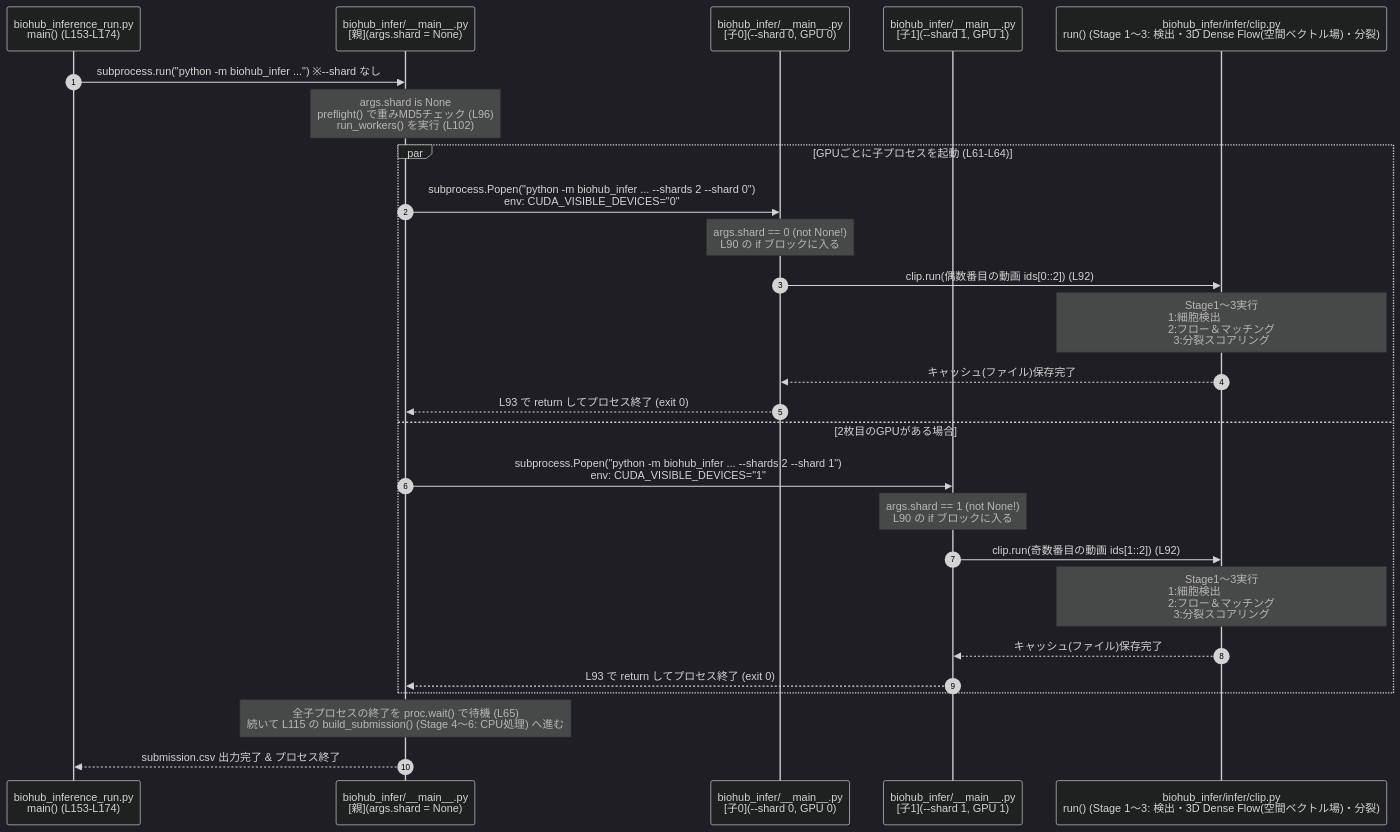
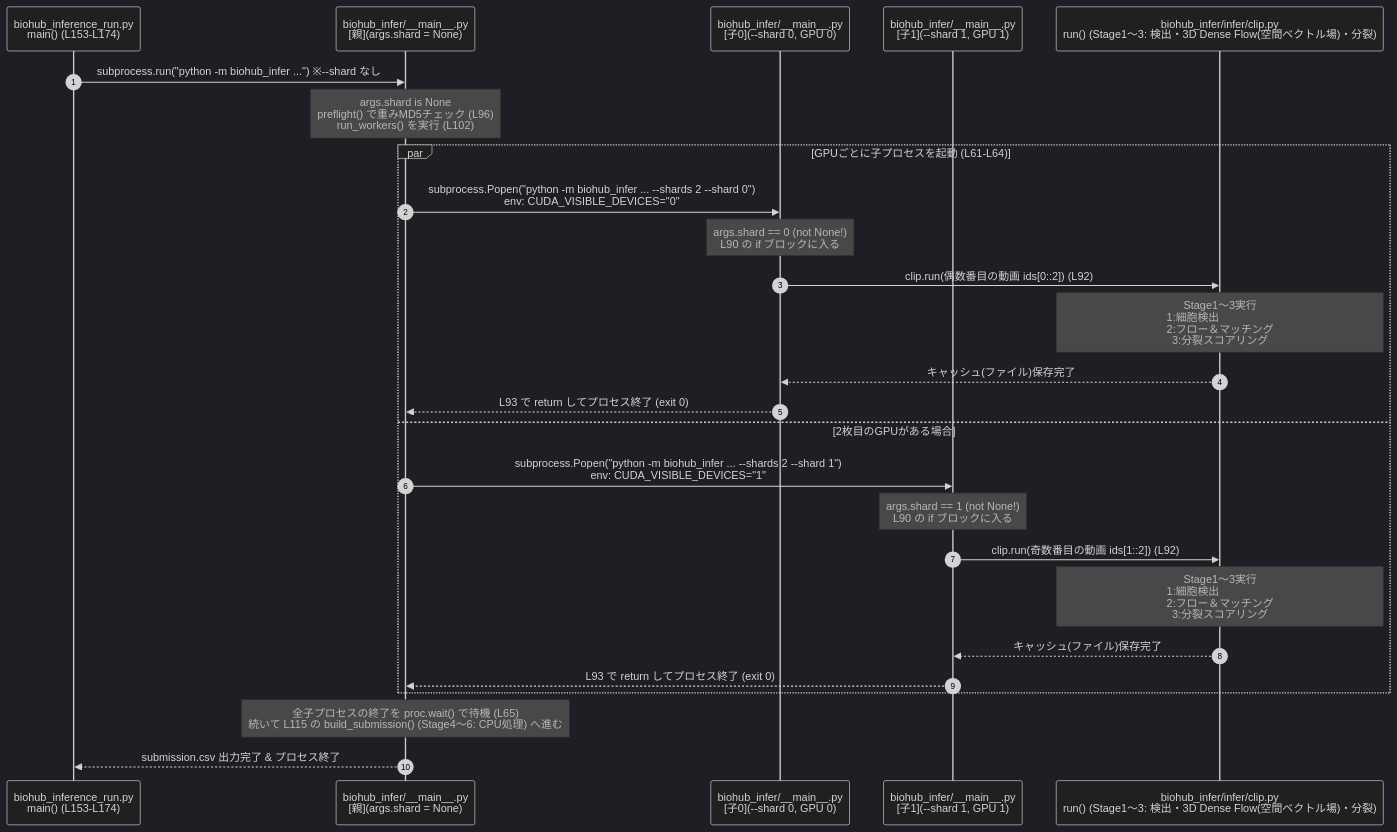
One commit to kito2718/kgle_001_BCT_Episode changed the second of 8 diagrams in episode/Summary&Conclusion/3rd-place-summary.md. Above: the diagram before and after it, drawn with Mermaid (dark theme). The commit also changed other lines of this file, not shown here.

Commit message:
Stage nの表記ゆれを修正

````diff
--- a/episode/Summary&Conclusion/3rd-place-summary.md
+++ b/episode/Summary&Conclusion/3rd-place-summary.md
@@ -141,31 +141,31 @@
 ```mermaid
 sequenceDiagram
     autonumber
     participant Runner as biohub_inference_run.py<br/>main() (L153-L174)
     participant Parent as biohub_infer/__main__.py<br/>[親](args.shard = None)
     participant Worker0 as biohub_infer/__main__.py<br/>[子0](--shard 0, GPU 0)
     participant Worker1 as biohub_infer/__main__.py<br/>[子1](--shard 1, GPU 1)
-    participant Clip as biohub_infer/infer/clip.py<br/>run() (Stage 1〜3: 検出・3D Dense Flow(空間ベクトル場)・分裂)
+    participant Clip as biohub_infer/infer/clip.py<br/>run() (Stage1〜3: 検出・3D Dense Flow(空間ベクトル場)・分裂)
 
     Runner->>Parent: subprocess.run("python -m biohub_infer ...") ※--shard なし
     Note over Parent: args.shard is None<br/>preflight() で重みMD5チェック (L96)<br/>run_workers() を実行 (L102)
 
     par GPUごとに子プロセスを起動 (L61-L64)
         Parent->>Worker0: subprocess.Popen("python -m biohub_infer ... --shards 2 --shard 0")<br/>env: CUDA_VISIBLE_DEVICES="0"
         Note over Worker0: args.shard == 0 (not None!)<br/>L90 の if ブロックに入る
         Worker0->>Clip: clip.run(偶数番目の動画 ids[0::2]) (L92)
         Note over Clip: Stage1～3実行<br/>1:細胞検出　　　　　<br/>2:フロー＆マッチング<br/>3:分裂スコアリング
         Clip-->>Worker0: キャッシュ(ファイル)保存完了
         Worker0-->>Parent: L93 で return してプロセス終了 (exit 0)
     and 2枚目のGPUがある場合
         Parent->>Worker1: subprocess.Popen("python -m biohub_infer ... --shards 2 --shard 1")<br/>env: CUDA_VISIBLE_DEVICES="1"
         Note over Worker1: args.shard == 1 (not None!)<br/>L90 の if ブロックに入る
         Worker1->>Clip: clip.run(奇数番目の動画 ids[1::2]) (L92)
         Note over Clip: Stage1～3実行<br/>1:細胞検出　　　　　<br/>2:フロー＆マッチング<br/>3:分裂スコアリング
         Clip-->>Worker1: キャッシュ(ファイル)保存完了
         Worker1-->>Parent: L93 で return してプロセス終了 (exit 0)
     end
 
-    Note over Parent: 全子プロセスの終了を proc.wait() で待機 (L65)<br/>続いて L115 の build_submission() (Stage 4〜6: CPU処理) へ進む
+    Note over Parent: 全子プロセスの終了を proc.wait() で待機 (L65)<br/>続いて L115 の build_submission() (Stage4〜6: CPU処理) へ進む
     Parent-->>Runner: submission.csv 出力完了 & プロセス終了
 ```
````
